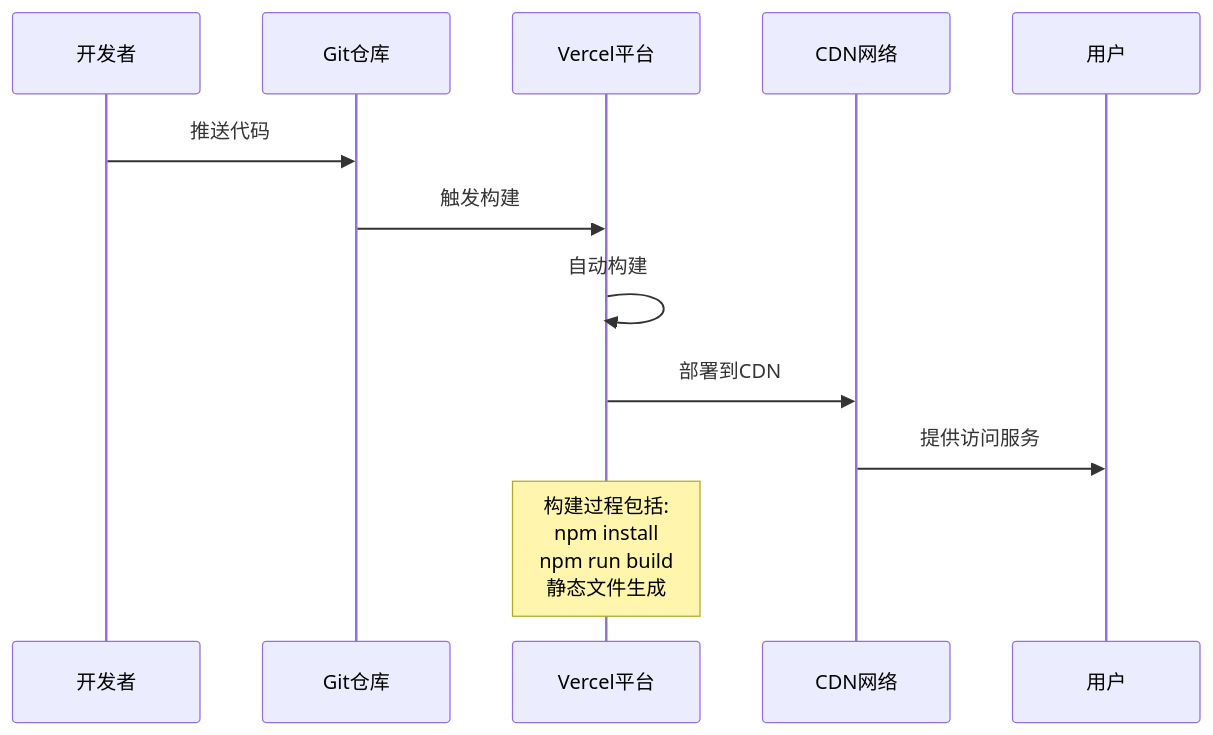
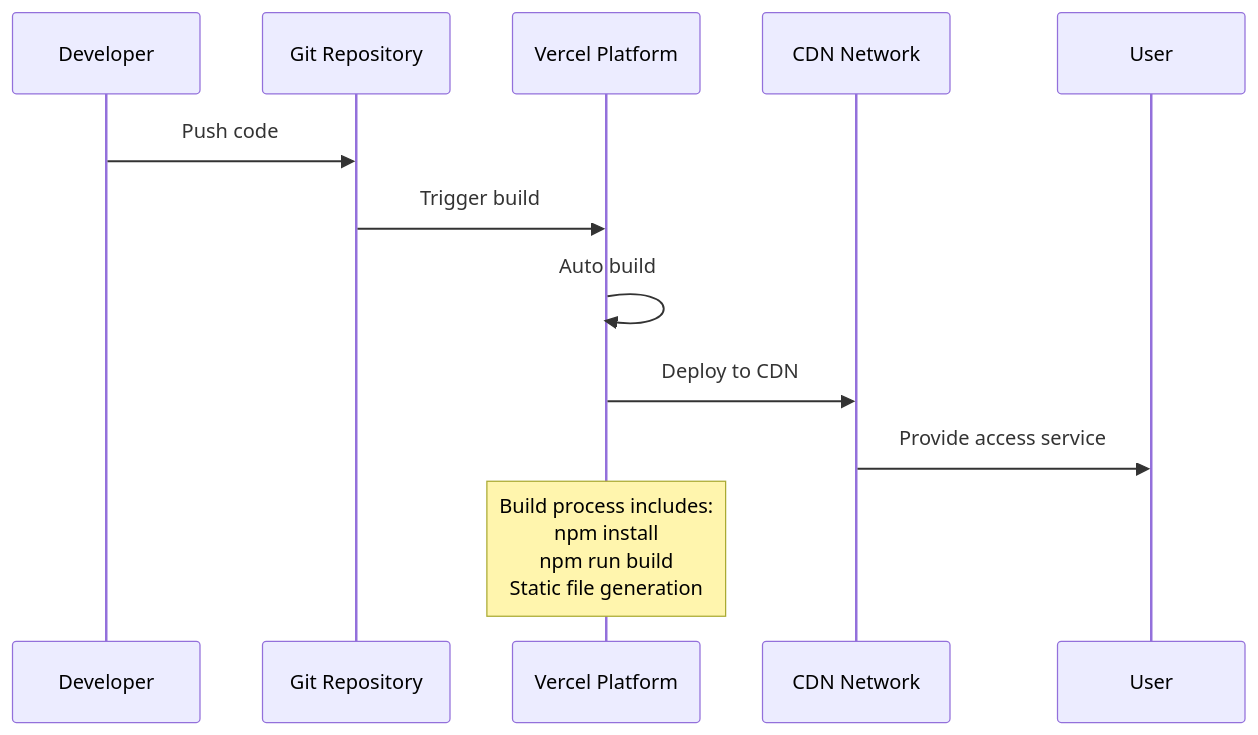
Before and after one commit to ChanMeng666/ai-programming-teaching-project: the eighth of 10 diagrams in i18n/en/docusaurus-plugin-content-docs/version-2024-winter/tutorials/docusaurus-tutorial.mdx, drawn with Mermaid. The commit also changed other lines of this file and 11 other files, not shown here.

````diff
--- a/i18n/en/docusaurus-plugin-content-docs/version-2024-winter/tutorials/docusaurus-tutorial.mdx
+++ b/i18n/en/docusaurus-plugin-content-docs/version-2024-winter/tutorials/docusaurus-tutorial.mdx
@@ -608,16 +608,16 @@
 ```mermaid
 sequenceDiagram
-    participant Dev as 开发者
-    participant Git as Git仓库
-    participant Vercel as Vercel平台
-    participant CDN as CDN网络
-    participant User as 用户
-    
-    Dev->>Git: 推送代码
-    Git->>Vercel: 触发构建
-    Vercel->>Vercel: 自动构建
-    Vercel->>CDN: 部署到CDN
-    CDN->>User: 提供访问服务
-    
-    Note over Vercel: 构建过程包括:<br/>npm install<br/>npm run build<br/>静态文件生成
+    participant Dev as Developer
+    participant Git as Git Repository
+    participant Vercel as Vercel Platform
+    participant CDN as CDN Network
+    participant User as User
+
+    Dev->>Git: Push code
+    Git->>Vercel: Trigger build
+    Vercel->>Vercel: Auto build
+    Vercel->>CDN: Deploy to CDN
+    CDN->>User: Provide access service
+
+    Note over Vercel: Build process includes:<br/>npm install<br/>npm run build<br/>Static file generation
 ```
````
